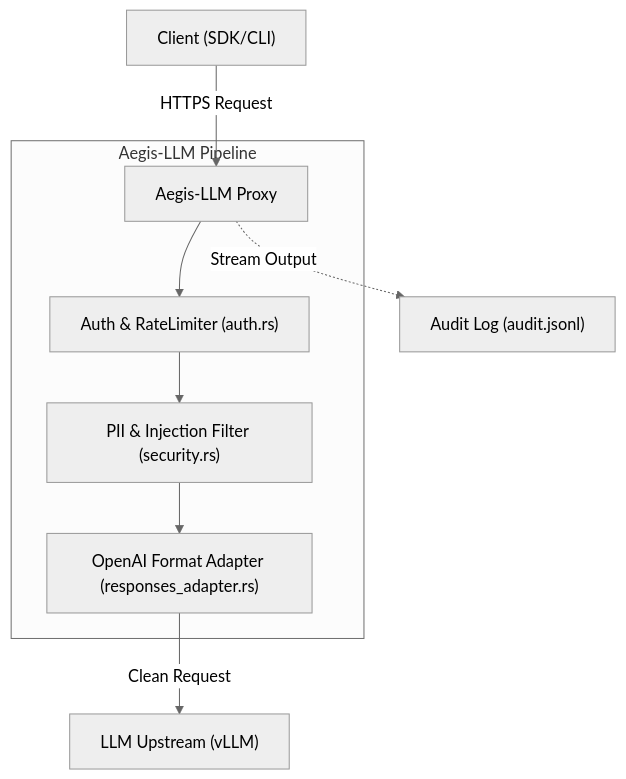
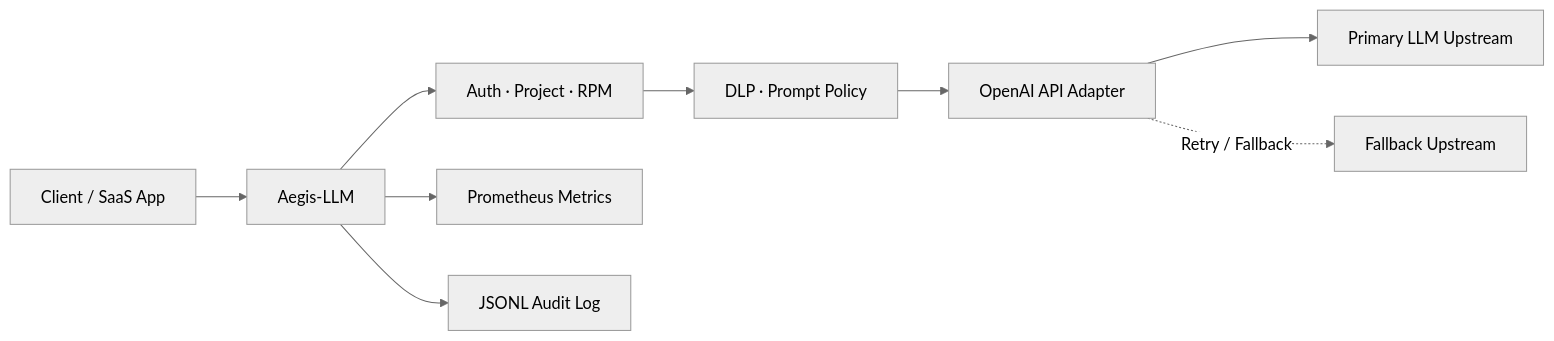
The first of 2 diagrams in docs/projects/aegis-llm.md (devcy0922/devcy0922.github.io), drawn with Mermaid (neutral theme) before and after one commit. The commit also changed other lines of this file and 7 other files, not shown here.

````diff
--- a/docs/projects/aegis-llm.md
+++ b/docs/projects/aegis-llm.md
@@ -29,11 +32,11 @@
 ```mermaid
-graph TD
-    Client["Client (SDK/CLI)"] -->|HTTPS Request| Aegis["Aegis-LLM Proxy"]
-    subgraph Core ["Aegis-LLM Pipeline"]
-        Aegis --> Auth["Auth & RateLimiter (auth.rs)"]
-        Auth --> Safety["PII & Injection Filter (security.rs)"]
-        Safety --> Adapter["OpenAI Format Adapter (responses_adapter.rs)"]
-    end
-    Adapter -->|Clean Request| LLM["LLM Upstream (vLLM)"]
-    Aegis -.->|Stream Output| Audit["Audit Log (audit.jsonl)"]
+flowchart LR
+    Client["Client / SaaS App"] --> Gateway["Aegis-LLM"]
+    Gateway --> Auth["Auth · Project · RPM"]
+    Auth --> Policy["DLP · Prompt Policy"]
+    Policy --> Adapter["OpenAI API Adapter"]
+    Adapter --> Primary["Primary LLM Upstream"]
+    Adapter -. "Retry / Fallback" .-> Fallback["Fallback Upstream"]
+    Gateway --> Metrics["Prometheus Metrics"]
+    Gateway --> Audit["JSONL Audit Log"]
 ```
````
